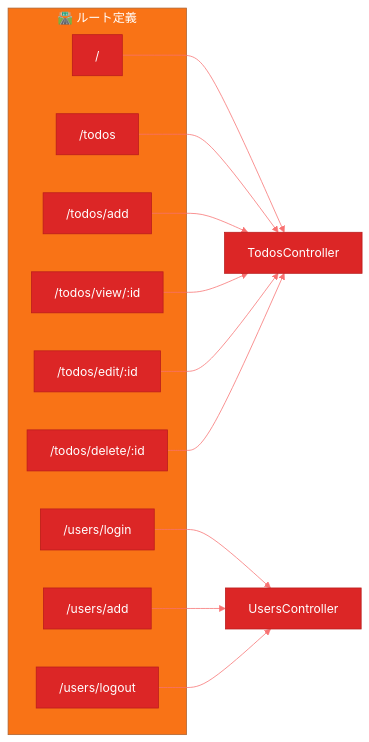
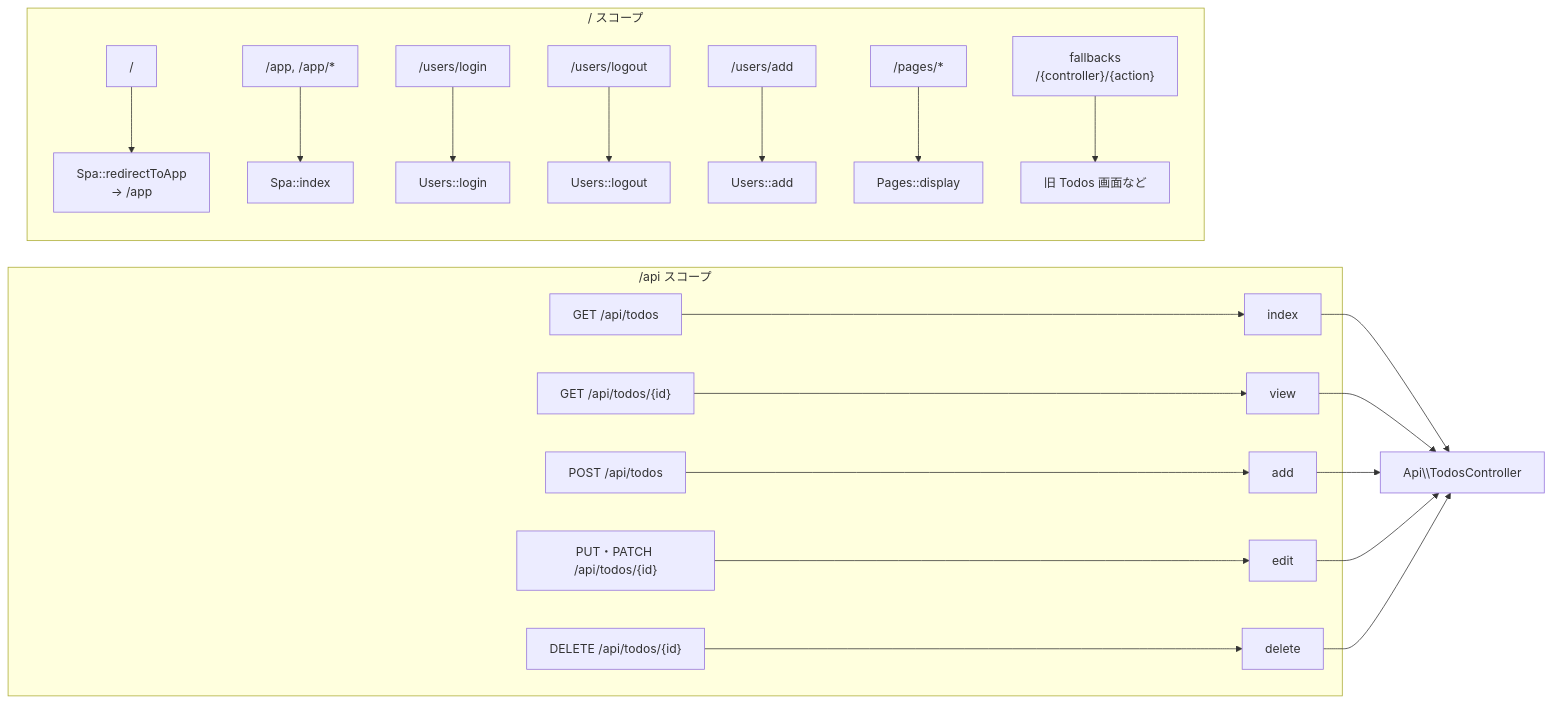
Before and after one commit to moritam/cakephp-test: the fifth of 9 diagrams in docs/ARCHITECTURE.md, drawn with Mermaid. The commit also changed other lines of this file and 1 other file, not shown here.

First line of the commit message:
Update ARCHITECTURE.md for the Vue SPA + JSON API + SQLite setup

````diff
--- a/docs/ARCHITECTURE.md
+++ b/docs/ARCHITECTURE.md
@@ -150,25 +130,22 @@
 ```mermaid
-%%{init: {'theme':'base', 'themeVariables': { 'primaryColor':'#dc2626', 'primaryTextColor':'#fff', 'primaryBorderColor':'#b91c1c', 'lineColor':'#f87171', 'secondaryColor':'#ea580c', 'secondaryTextColor':'#fff', 'tertiaryColor':'#f97316', 'tertiaryTextColor':'#fff', 'background':'#fff7ed', 'mainBkg':'#dc2626', 'secondBkg':'#ea580c', 'tertiaryBkg':'#f97316', 'fontFamily':'system-ui, sans-serif'}}}%%
 flowchart LR
-    subgraph Routes["🛣️ ルート定義"]
-        R1["/"]
-        R2["/todos"]
-        R3["/todos/add"]
-        R4["/todos/view/:id"]
-        R5["/todos/edit/:id"]
-        R6["/todos/delete/:id"]
-        R7["/users/login"]
-        R8["/users/add"]
-        R9["/users/logout"]
+    subgraph API["/api スコープ"]
+        A1["GET /api/todos"] --> ATI["index"]
+        A2["GET /api/todos/{id}"] --> ATV["view"]
+        A3["POST /api/todos"] --> ATA["add"]
+        A4["PUT・PATCH /api/todos/{id}"] --> ATE["edit"]
+        A5["DELETE /api/todos/{id}"] --> ATD["delete"]
     end
 
-    R1 --> TC["TodosController"]
-    R2 --> TC
-    R3 --> TC
-    R4 --> TC
-    R5 --> TC
-    R6 --> TC
-    R7 --> UC["UsersController"]
-    R8 --> UC
-    R9 --> UC
+    subgraph Root["/ スコープ"]
+        R0["/"] --> SR["Spa::redirectToApp<br/>→ /app"]
+        R1["/app, /app/*"] --> SI["Spa::index"]
+        R2["/users/login"] --> UL["Users::login"]
+        R3["/users/logout"] --> UO["Users::logout"]
+        R4["/users/add"] --> UA["Users::add"]
+        R5["/pages/*"] --> PD["Pages::display"]
+        R6["fallbacks<br/>/{controller}/{action}"] --> FB["旧 Todos 画面など"]
+    end
+
+    ATI & ATV & ATA & ATE & ATD --> ATC["Api\\TodosController"]
 ```
````
